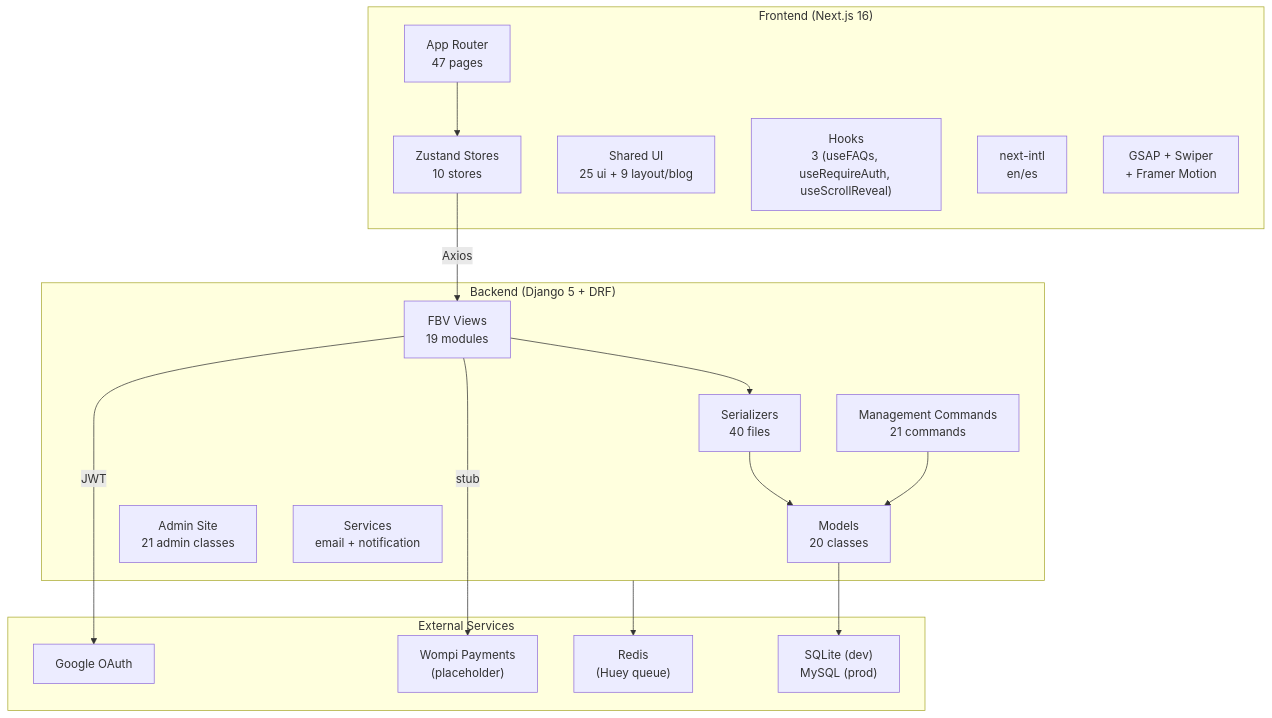
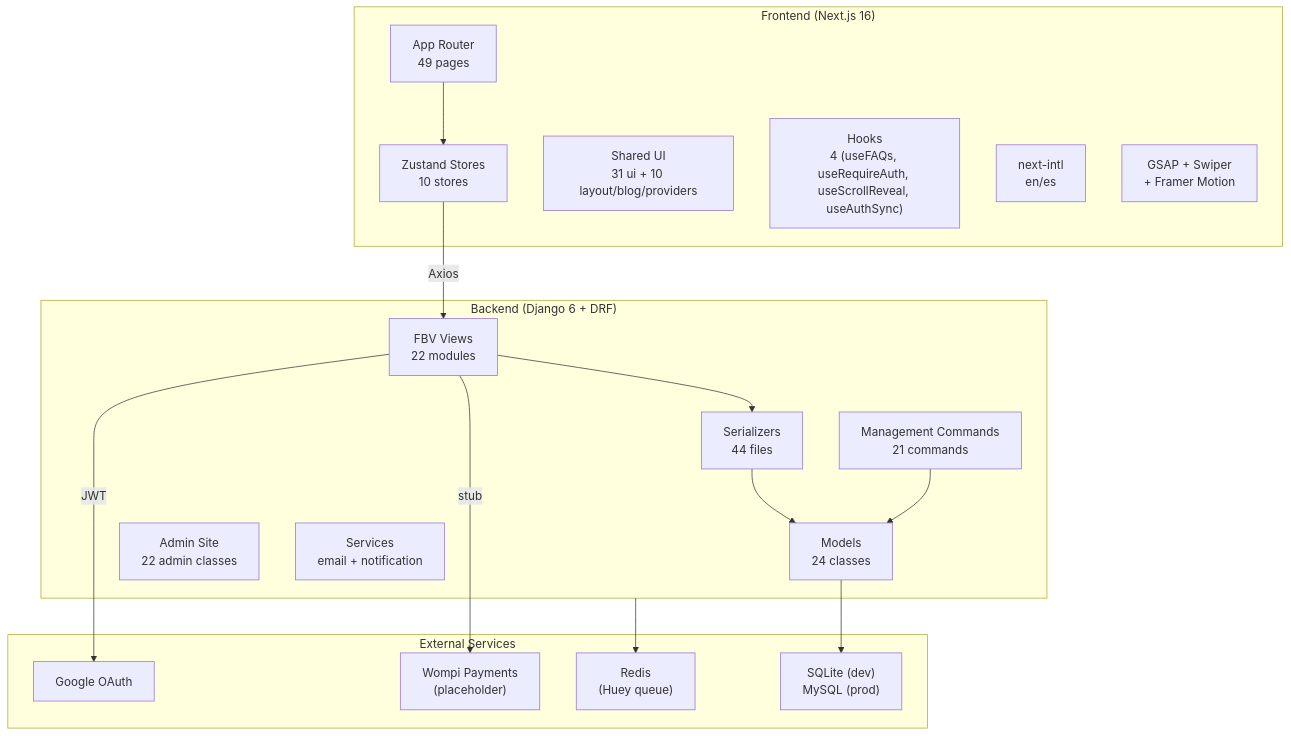
The first of 3 diagrams in docs/methodology/architecture.md (carlos18bp/tuhuella_project), drawn with Mermaid before and after one commit. The commit also changed other lines of this file and 83 other files, not shown here.

````diff
--- a/docs/methodology/architecture.md
+++ b/docs/methodology/architecture.md
@@ -7,37 +7,37 @@
 ```mermaid
 graph TB
     subgraph Frontend["Frontend (Next.js 16)"]
-        AppRouter["App Router<br/>47 pages"]
+        AppRouter["App Router<br/>49 pages"]
         Stores["Zustand Stores<br/>10 stores"]
-        Components["Shared UI<br/>25 ui + 9 layout/blog"]
-        Hooks["Hooks<br/>3 (useFAQs, useRequireAuth, useScrollReveal)"]
+        Components["Shared UI<br/>31 ui + 10 layout/blog/providers"]
+        Hooks["Hooks<br/>4 (useFAQs, useRequireAuth, useScrollReveal, useAuthSync)"]
         I18n["next-intl<br/>en/es"]
         GSAP["GSAP + Swiper<br/>+ Framer Motion"]
     end
 
-    subgraph Backend["Backend (Django 5 + DRF)"]
-        Views["FBV Views<br/>19 modules"]
-        Serializers["Serializers<br/>40 files"]
-        Models["Models<br/>20 classes"]
-        Admin["Admin Site<br/>21 admin classes"]
+    subgraph Backend["Backend (Django 6 + DRF)"]
+        Views["FBV Views<br/>22 modules"]
+        Serializers["Serializers<br/>44 files"]
+        Models["Models<br/>24 classes"]
+        Admin["Admin Site<br/>22 admin classes"]
         Commands["Management Commands<br/>21 commands"]
         Services["Services<br/>email + notification"]
     end
 
     subgraph External["External Services"]
         Google["Google OAuth"]
         Wompi["Wompi Payments<br/>(placeholder)"]
         Redis["Redis<br/>(Huey queue)"]
         DB["SQLite (dev)<br/>MySQL (prod)"]
     end
 
     AppRouter --> Stores
     Stores -->|Axios| Views
     Views --> Serializers
     Serializers --> Models
     Models --> DB
     Views -->|JWT| Google
     Views -->|stub| Wompi
     Commands --> Models
     Backend --> Redis
 ```
````
